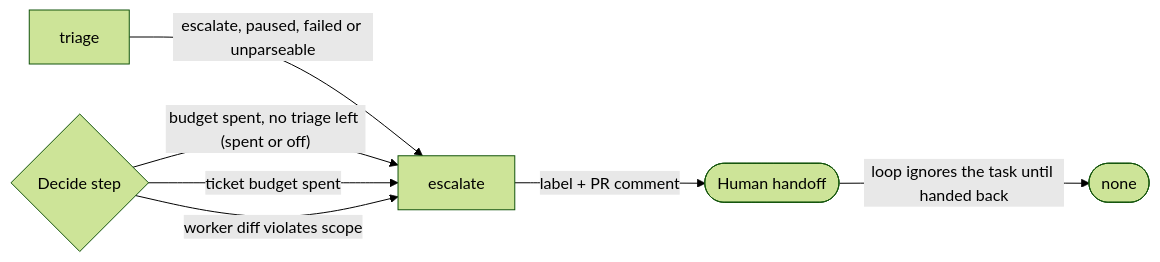
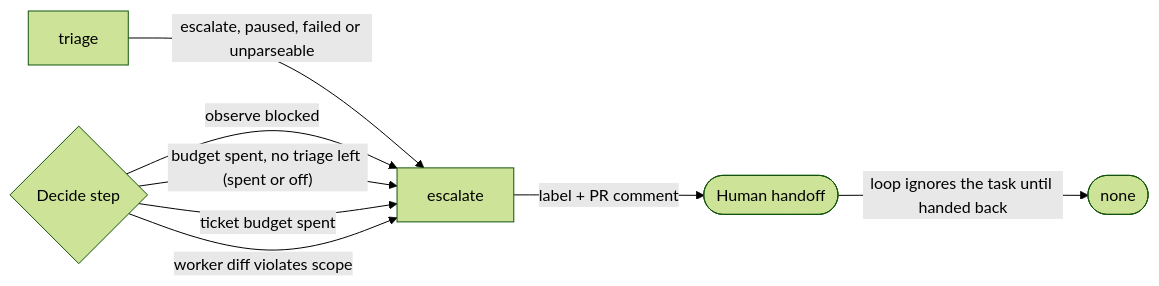
Before and after one commit to kehuydietlatoi/harness_orchestrator: the tenth of 18 diagrams in docs/FLOWS.md, drawn with Mermaid (forest theme). The commit also changed other lines of this file and 18 other files, not shown here.

````diff
--- a/docs/FLOWS.md
+++ b/docs/FLOWS.md
@@ -549,14 +560,15 @@
 ```mermaid
 flowchart LR
     n43{"Decide step"}
     n44(["none"])
-    n53["triage"]
-    n54["escalate"]
-    n55(["Human handoff"])
-  n53 -->|"escalate, paused, failed or unparseable"| n54
-  n43 -->|"budget spent, no triage left (spent or off)"| n54
-  n43 -->|"ticket budget spent"| n54
-  n43 -->|"worker diff violates scope"| n54
-  n54 -->|"label + PR comment"| n55
-  n55 -->|"loop ignores the task until handed back"| n44
+    n54["triage"]
+    n55["escalate"]
+    n56(["Human handoff"])
+  n43 -->|"observe blocked"| n55
+  n54 -->|"escalate, paused, failed or unparseable"| n55
+  n43 -->|"budget spent, no triage left (spent or off)"| n55
+  n43 -->|"ticket budget spent"| n55
+  n43 -->|"worker diff violates scope"| n55
+  n55 -->|"label + PR comment"| n56
+  n56 -->|"loop ignores the task until handed back"| n44
 ```
````
